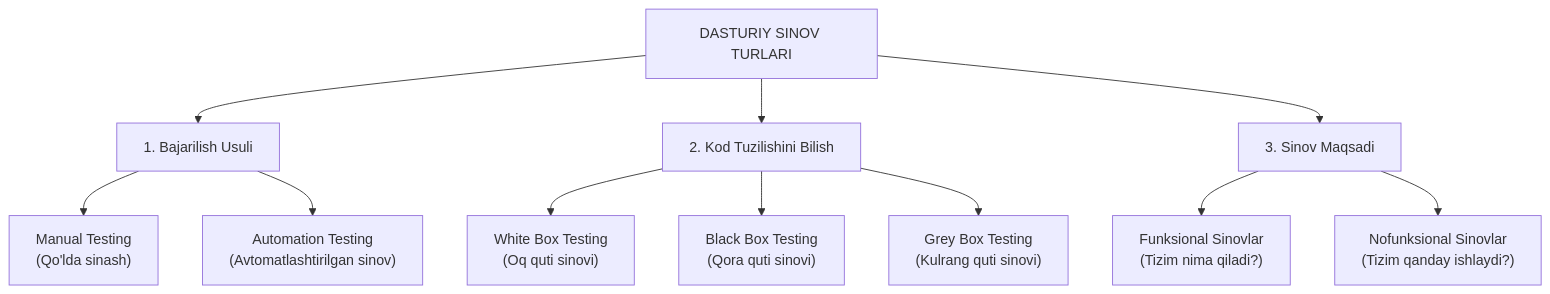
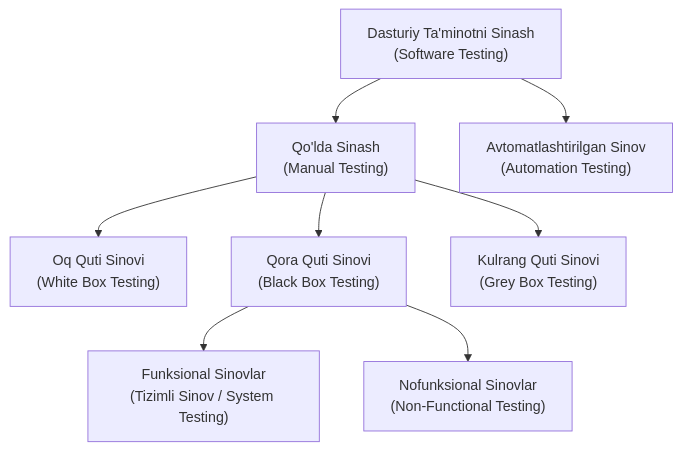
The first of 2 diagrams in app/docs/software-testing/types-of-software-testing/page.mdx (Ergashov15/qa-uzbekistan), drawn with Mermaid before and after one commit. The commit also changed other lines of this file and 3 other files, not shown here.

Commit message:
feat: translate and update Types of Software Testing page and navigation to Uzbek

````diff
--- a/app/docs/software-testing/types-of-software-testing/page.mdx
+++ b/app/docs/software-testing/types-of-software-testing/page.mdx
@@ -13,16 +19,12 @@
 ```mermaid
 flowchart TD
-    All["DASTURIY SINOV TURLARI"] --> Exe["1. Bajarilish Usuli"]
-    All --> Access["2. Kod Tuzilishini Bilish"]
-    All --> Purpose["3. Sinov Maqsadi"]
+    ST["Dasturiy Ta'minotni Sinash\n(Software Testing)"] --> MT["Qo'lda Sinash\n(Manual Testing)"]
+    ST --> AT["Avtomatlashtirilgan Sinov\n(Automation Testing)"]
 
-    Exe --> Manual["Manual Testing\n(Qo'lda sinash)"]
-    Exe --> Auto["Automation Testing\n(Avtomatlashtirilgan sinov)"]
+    MT --> WB["Oq Quti Sinovi\n(White Box Testing)"]
+    MT --> BB["Qora Quti Sinovi\n(Black Box Testing)"]
+    MT --> GB["Kulrang Quti Sinovi\n(Grey Box Testing)"]
 
-    Access --> WB["White Box Testing\n(Oq quti sinovi)"]
-    Access --> BB["Black Box Testing\n(Qora quti sinovi)"]
-    Access --> GB["Grey Box Testing\n(Kulrang quti sinovi)"]
-
-    Purpose --> Func["Funksional Sinovlar\n(Tizim nima qiladi?)"]
-    Purpose --> NonFunc["Nofunksional Sinovlar\n(Tizim qanday ishlaydi?)"]
+    BB --> FT["Funksional Sinovlar\n(Tizimli Sinov / System Testing)"]
+    BB --> NFT["Nofunksional Sinovlar\n(Non-Functional Testing)"]
 ```
````
